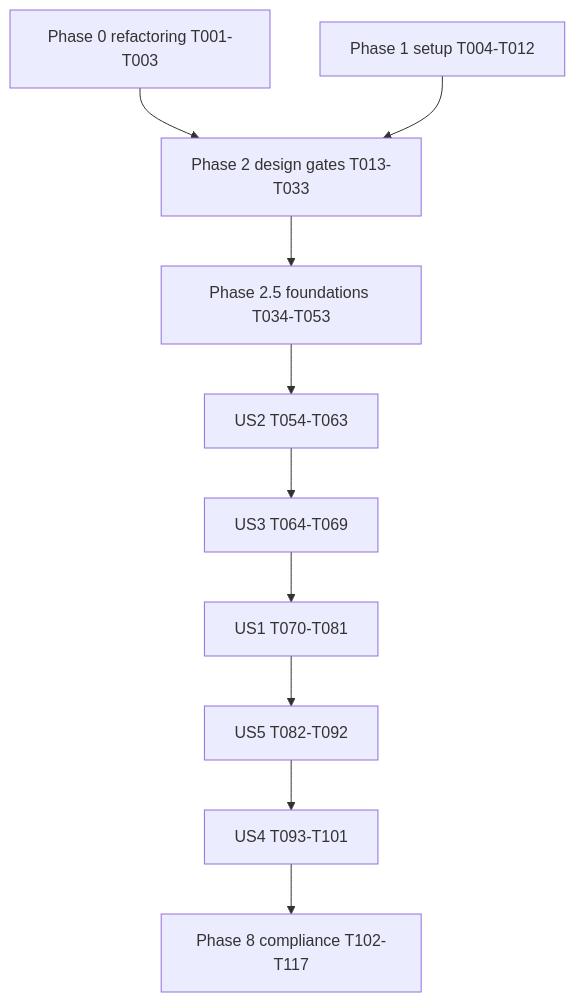
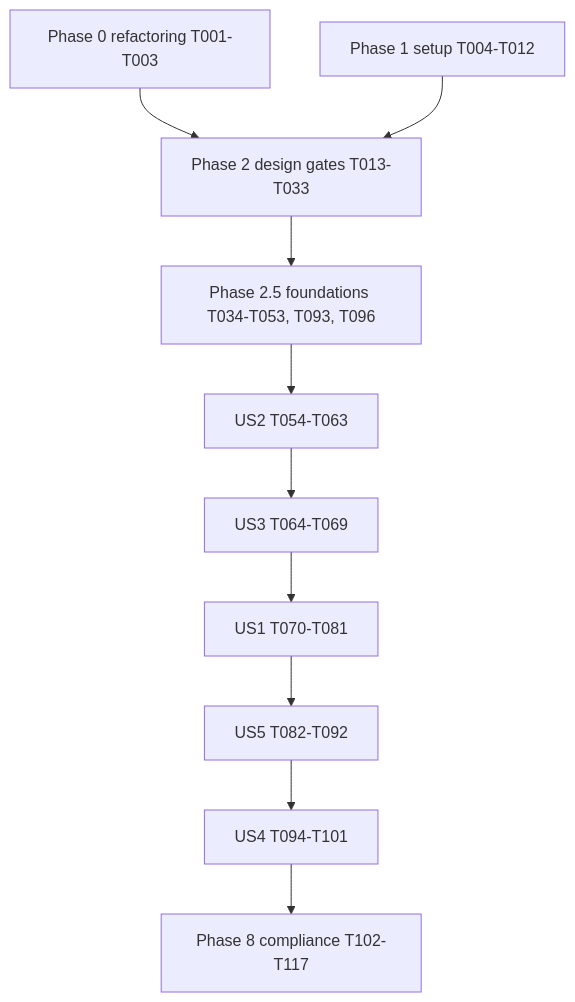
One commit to zalando-incubator/agentic-identity-broker changed the diagram in specs/20261123-194542-decision-model-tool-approvals/tasks.md. Above: the diagram before and after it, drawn with Mermaid. The commit also changed other lines of this file and 13 other files, not shown here.

````diff
--- a/specs/20261123-194542-decision-model-tool-approvals/tasks.md
+++ b/specs/20261123-194542-decision-model-tool-approvals/tasks.md
@@ -300,12 +310,12 @@
 ```mermaid
 flowchart TD
   P0["Phase 0 refactoring T001-T003"] --> P2["Phase 2 design gates T013-T033"]
   P1["Phase 1 setup T004-T012"] --> P2
-  P2 --> F["Phase 2.5 foundations T034-T053"]
+  P2 --> F["Phase 2.5 foundations T034-T053, T093, T096"]
   F --> US2["US2 T054-T063"]
   US2 --> US3["US3 T064-T069"]
   US3 --> US1["US1 T070-T081"]
   US1 --> US5["US5 T082-T092"]
-  US5 --> US4["US4 T093-T101"]
+  US5 --> US4["US4 T094-T101"]
   US4 --> N["Phase 8 compliance T102-T117"]
 ```
````
